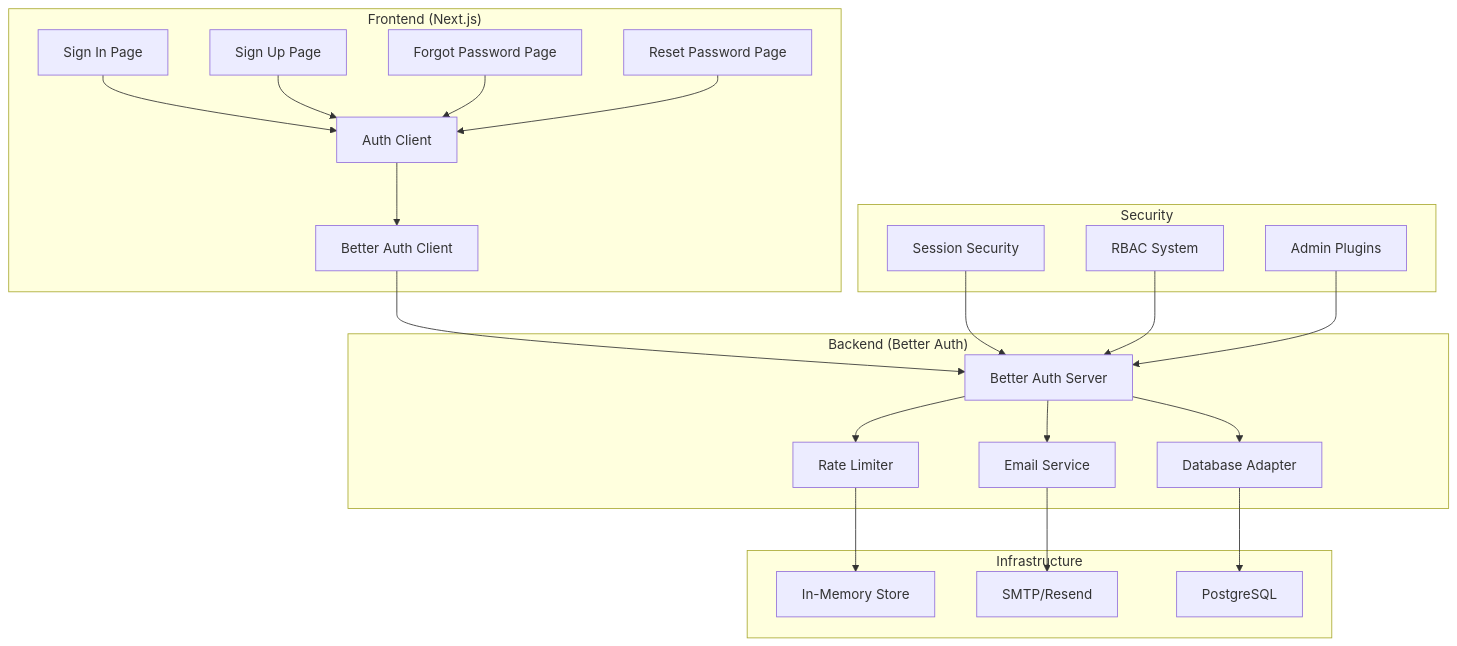
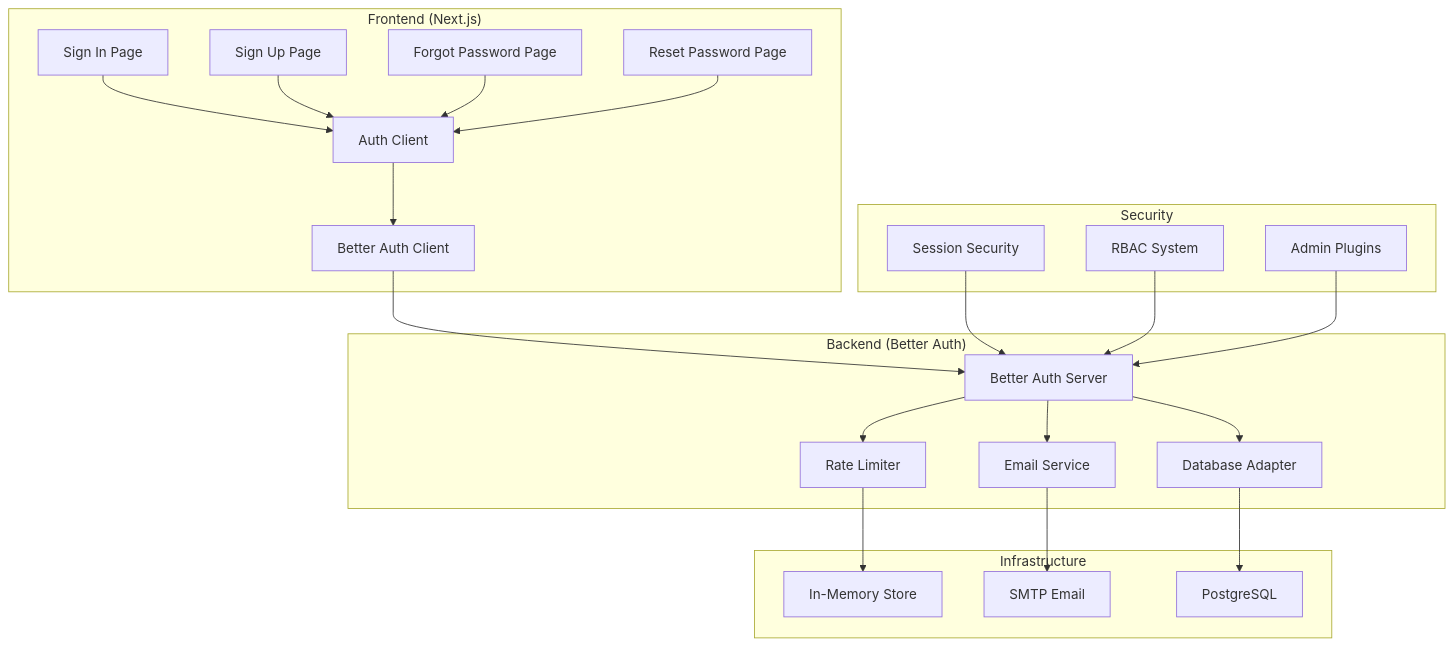
One commit to supercheck-io/supercheck-core changed the first of 9 diagrams in .specs/AUTHENTICATION.md. Above: the diagram before and after it, drawn with Mermaid. The commit also changed other lines of this file and 62 other files, not shown here.

````diff
--- a/.specs/AUTHENTICATION.md
+++ b/.specs/AUTHENTICATION.md
@@ -9,29 +9,29 @@
 ```mermaid
 graph TB
     subgraph "Frontend (Next.js)"
         A[Sign In Page] --> B[Auth Client]
         C[Sign Up Page] --> B
         D[Forgot Password Page] --> B
         E[Reset Password Page] --> B
         B --> F[Better Auth Client]
     end
     
     subgraph "Backend (Better Auth)"
         F --> G[Better Auth Server]
         G --> H[Rate Limiter]
         G --> I[Email Service]
         G --> J[Database Adapter]
     end
     
     subgraph "Infrastructure"
         H --> K[In-Memory Store]
-        I --> L[SMTP/Resend]
+        I --> L[SMTP Email]
         J --> M[PostgreSQL]
     end
     
     subgraph "Security"
         N[Session Security] --> G
         O[RBAC System] --> G
         P[Admin Plugins] --> G
     end
 ```
````
